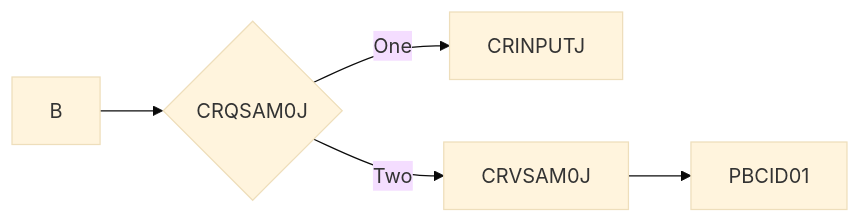
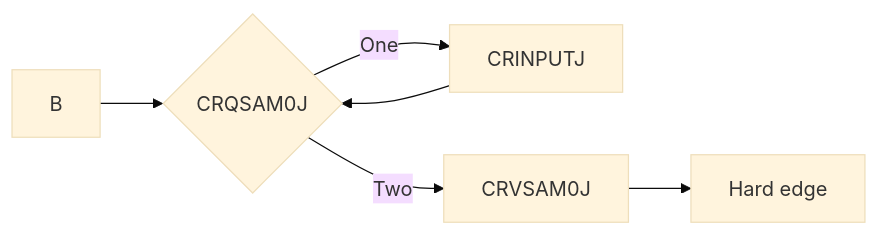
Before and after one commit to emreakdik/Cobol_Bootcamp: the diagram in week_3/README.MD, drawn with Mermaid (base theme).

````diff
--- a/week_3/README.MD
+++ b/week_3/README.MD
@@ -1,7 +1,6 @@
 ```mermaid
 graph LR
   B --> C{CRQSAM0J}
-  C -->|One| D[CRINPUTJ]
-  C -->|Two| E[CRVSAM0J]
-    --> A[PBCID01]
+  C -->|One| D[CRINPUTJ] -->
+  C -->|Two| E[CRVSAM0J] --> A[Hard edge]
 ```
````
